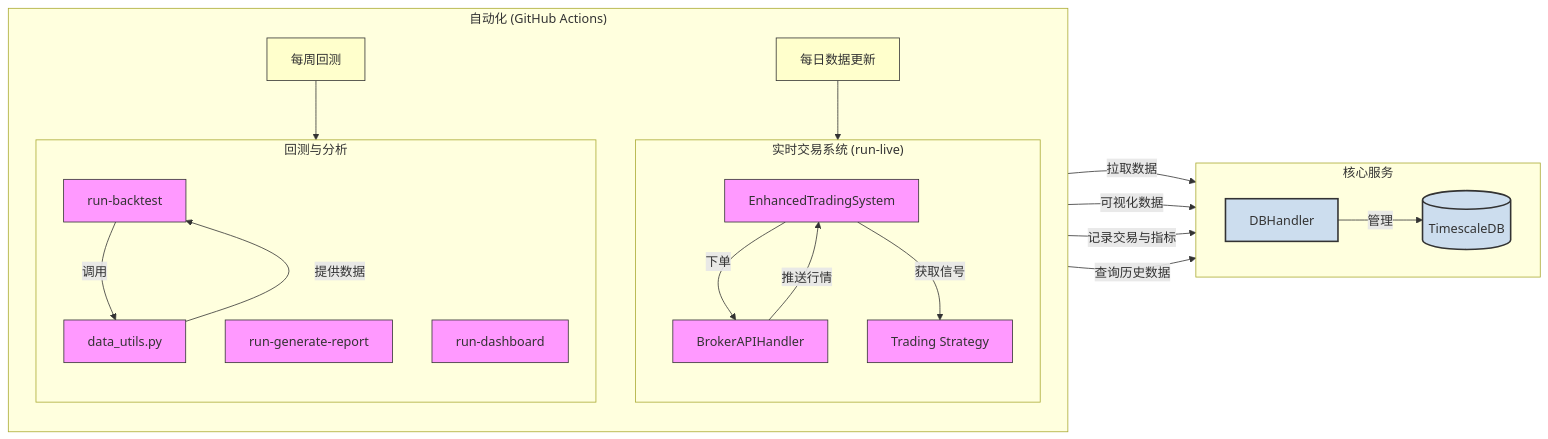
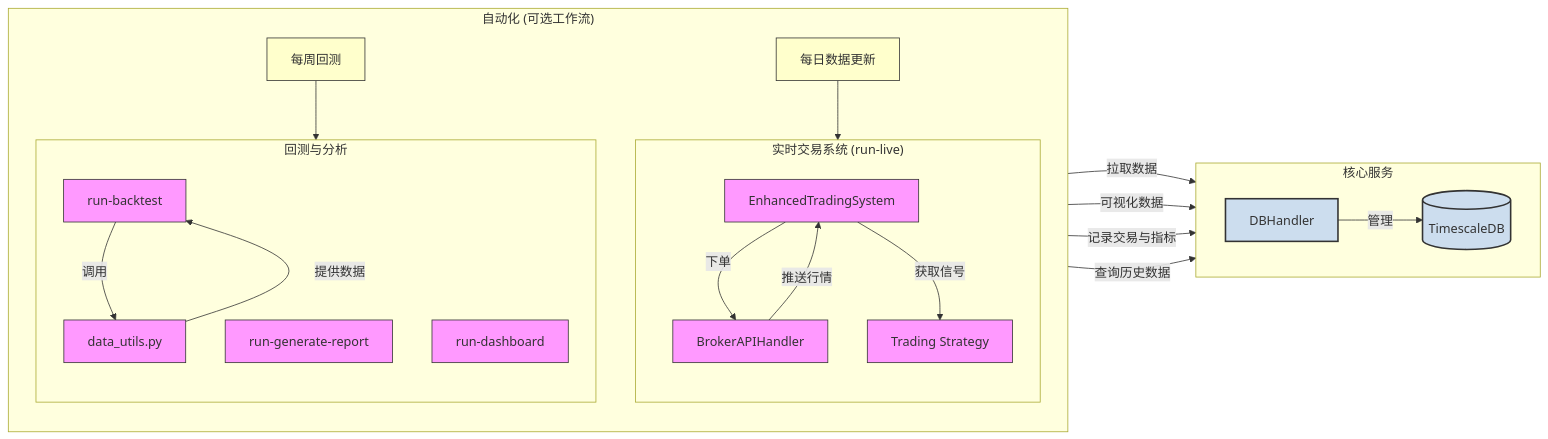
The diagram in README.md (runchengxie/intraday-trader), drawn with Mermaid before and after one commit. The commit also changed other lines of this file, not shown here.

````diff
--- a/README.md
+++ b/README.md
@@ -26,52 +31,52 @@
 ```mermaid
 flowchart LR
     subgraph Core_Services["核心服务"]
         direction LR
         DB_Handler[DBHandler]
         Database[(TimescaleDB)]
         DB_Handler -- "管理" --> Database
     end
 
     subgraph Live_Trading["实时交易系统 (run-live)"]
         direction TB
         ETS[EnhancedTradingSystem]
         Broker[BrokerAPIHandler]
         Strat[Trading Strategy]
 
         ETS -- "下单" --> Broker
         Broker -- "推送行情" --> ETS
         ETS -- "获取信号" --> Strat
     end
 
     subgraph Backtest_and_Analytics["回测与分析"]
         direction TB
         BacktestScript[run-backtest]
         ReportScript[run-generate-report]
         DashboardScript[run-dashboard]
         Data_Utils[data_utils.py]
 
         BacktestScript -- "调用" --> Data_Utils
         Data_Utils -- "提供数据" --> BacktestScript
     end
 
-    subgraph Automation["自动化 (GitHub Actions)"]
+    subgraph Automation["自动化 (可选工作流)"]
         direction TB
         Cron_Data[每日数据更新]
         Cron_Backtest[每周回测]
 
         Cron_Data --> Live_Trading
         Cron_Backtest --> Backtest_and_Analytics
     end
 
     Live_Trading -- "记录交易与指标" --> DB_Handler
     Backtest_and_Analytics -- "查询历史数据" --> DB_Handler
     ReportScript -- "拉取数据" --> DB_Handler
     DashboardScript -- "可视化数据" --> DB_Handler
 
     classDef core fill:#f9f,stroke:#333,stroke-width:1px;
     classDef db fill:#cde,stroke:#333,stroke-width:2px;
     classDef automation fill:#ffc,stroke:#333,stroke-width:1px;
     class ETS,Broker,Strat,BacktestScript,ReportScript,DashboardScript,Data_Utils core;
     class DB_Handler,Database db;
     class Cron_Data,Cron_Backtest automation;
 ```
````
